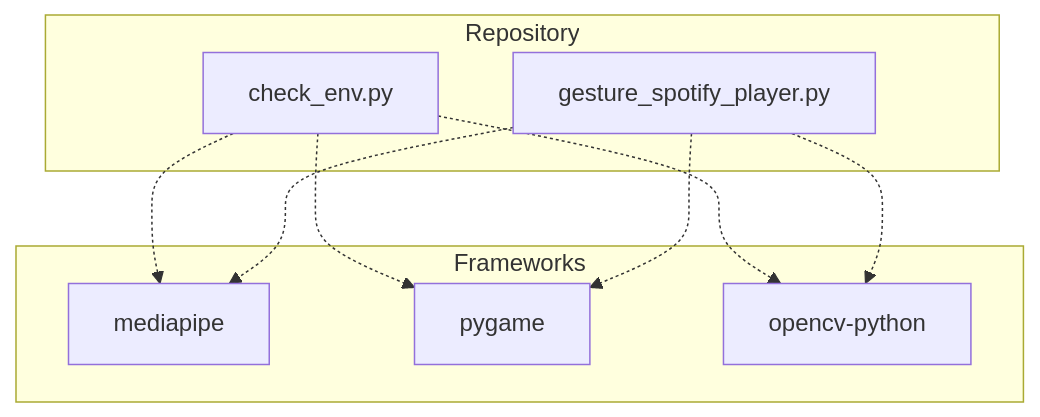
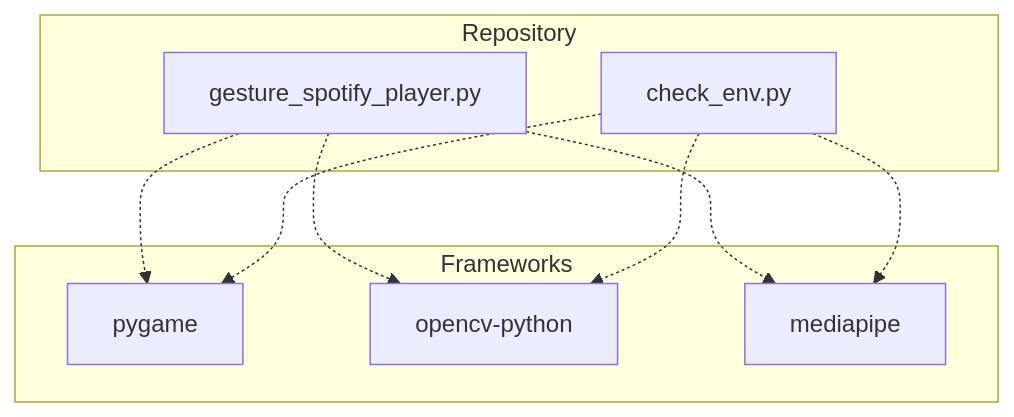
The first of 2 diagrams in README.md (NITISH-R-G/PalmPlay1), drawn with Mermaid before and after one commit. The commit also changed other lines of this file and 3 other files, not shown here.

Commit message:
docs: update repository documentation and diagrams [skip ci]

````diff
--- a/README.md
+++ b/README.md
@@ -39,20 +39,20 @@
 ```mermaid
 graph TD
     subgraph Repository
+        gesture_spotify_player_py[gesture_spotify_player.py]
         check_env_py[check_env.py]
-        gesture_spotify_player_py[gesture_spotify_player.py]
+        click gesture_spotify_player_py href "https://github.com/NITISH-R-G/PalmPlay1/blob/main/gesture_spotify_player.py" "View source code"
         click check_env_py href "https://github.com/NITISH-R-G/PalmPlay1/blob/main/check_env.py" "View source code"
-        click gesture_spotify_player_py href "https://github.com/NITISH-R-G/PalmPlay1/blob/main/gesture_spotify_player.py" "View source code"
     end
     subgraph Frameworks
-        fw_mediapipe[mediapipe]
         fw_pygame[pygame]
         fw_opencv_python[opencv-python]
+        fw_mediapipe[mediapipe]
     end
-    check_env_py -.-> fw_mediapipe
+    gesture_spotify_player_py -.-> fw_pygame
+    gesture_spotify_player_py -.-> fw_opencv_python
+    gesture_spotify_player_py -.-> fw_mediapipe
     check_env_py -.-> fw_pygame
     check_env_py -.-> fw_opencv_python
-    gesture_spotify_player_py -.-> fw_mediapipe
-    gesture_spotify_player_py -.-> fw_pygame
-    gesture_spotify_player_py -.-> fw_opencv_python
+    check_env_py -.-> fw_mediapipe
 ```
````
